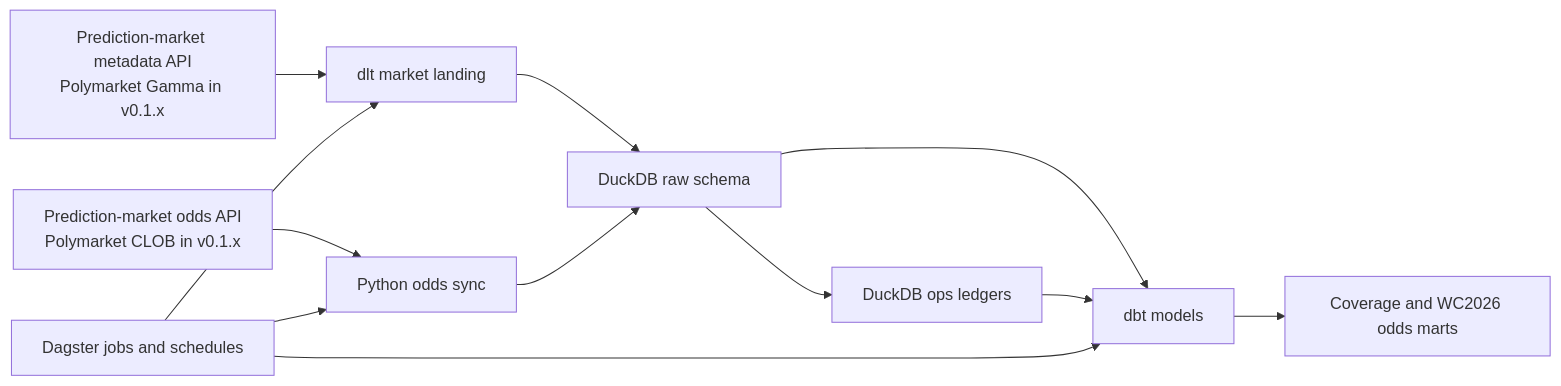
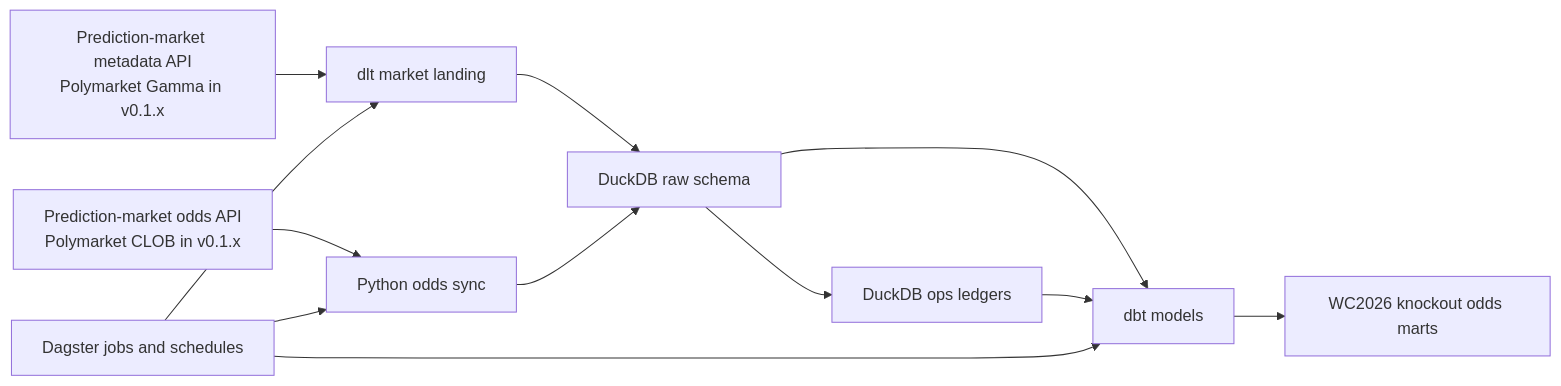
The first of 2 diagrams in docs/architecture.md (hypertrial/oddsfox-pipeline), drawn with Mermaid before and after one commit. The commit also changed other lines of this file and 70 other files, not shown here.

Commit message:
Refocus WC2026 marts on knockout odds

````diff
--- a/docs/architecture.md
+++ b/docs/architecture.md
@@ -18,14 +18,14 @@
 ```mermaid
 flowchart LR
     gamma["Prediction-market metadata API<br/>Polymarket Gamma in v0.1.x"] --> dlt["dlt market landing"]
     clob["Prediction-market odds API<br/>Polymarket CLOB in v0.1.x"] --> odds["Python odds sync"]
     dlt --> raw["DuckDB raw schema"]
     odds --> raw
     raw --> ops["DuckDB ops ledgers"]
     raw --> dbt["dbt models"]
     ops --> dbt
-    dbt --> marts["Coverage and WC2026 odds marts"]
+    dbt --> marts["WC2026 knockout odds marts"]
     dagster["Dagster jobs and schedules"] --> dlt
     dagster --> odds
     dagster --> dbt
 ```
````
